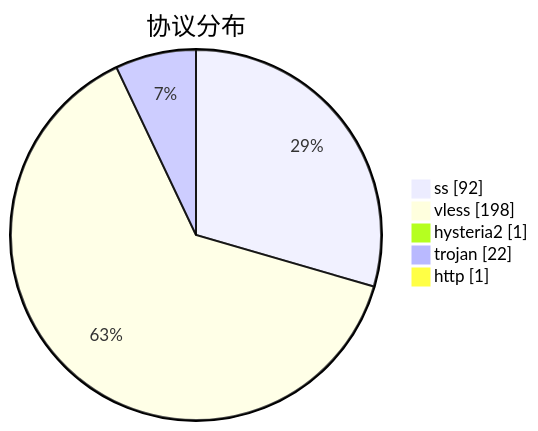
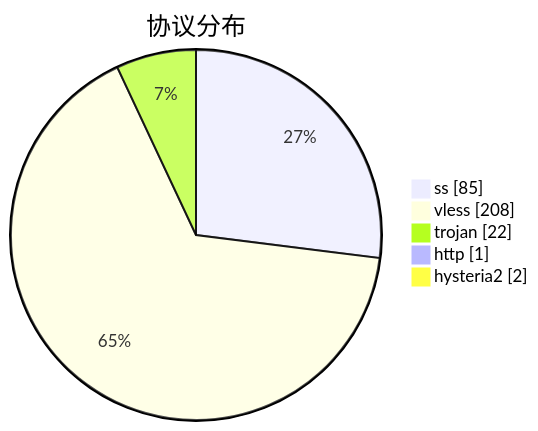
Before and after one commit to qjlxg/airport: the third of 3 diagrams in subs/statistics/tested_within.md, drawn with Mermaid. The commit also changed other lines of this file and 2 other files, not shown here.

````diff
--- a/subs/statistics/tested_within.md
+++ b/subs/statistics/tested_within.md
@@ -30,9 +29,9 @@
 ```mermaid
 pie showData
 title 协议分布
-"ss" : 92
-"vless" : 198
-"hysteria2" : 1
+"ss" : 85
+"vless" : 208
 "trojan" : 22
 "http" : 1
+"hysteria2" : 2
 ```
````
